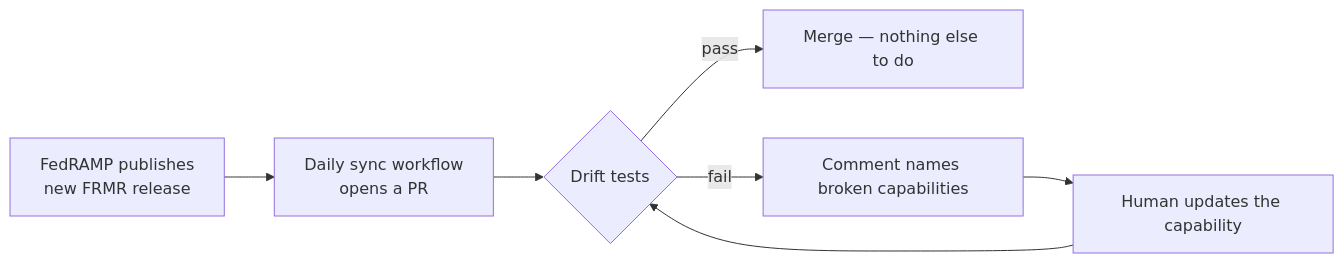
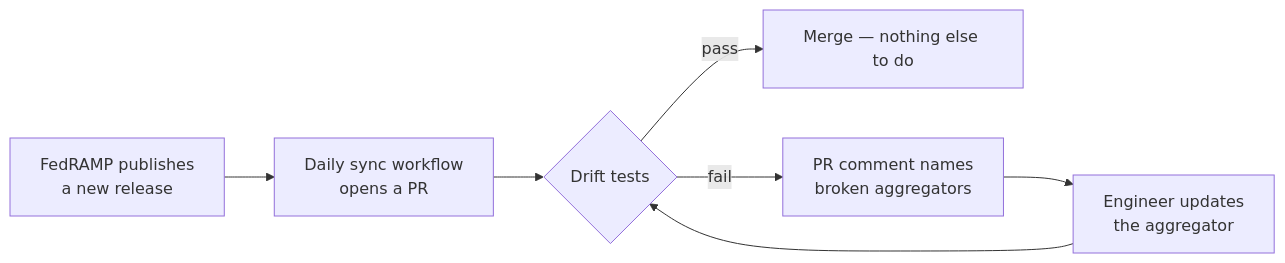
Before and after one commit to NPounds711/grc-toolkit: the diagram in docs/index.md, drawn with Mermaid. The commit also changed other lines of this file and 2 other files, not shown here.

First line of the commit message:
Reframe docs: machine-readable evidence from source + pick your FedRAMP path

````diff
--- a/docs/index.md
+++ b/docs/index.md
@@ -45,9 +48,9 @@
 ```mermaid
 flowchart LR
-  A[FedRAMP publishes<br/>new FRMR release] --> B[Daily sync workflow<br/>opens a PR]
+  A[FedRAMP publishes<br/>a new release] --> B[Daily sync workflow<br/>opens a PR]
   B --> C{Drift tests}
   C -->|pass| D[Merge — nothing else to do]
-  C -->|fail| E[Comment names broken capabilities]
-  E --> F[Human updates the capability]
+  C -->|fail| E[PR comment names<br/>broken aggregators]
+  E --> F[Engineer updates<br/>the aggregator]
   F --> C
 ```
````
